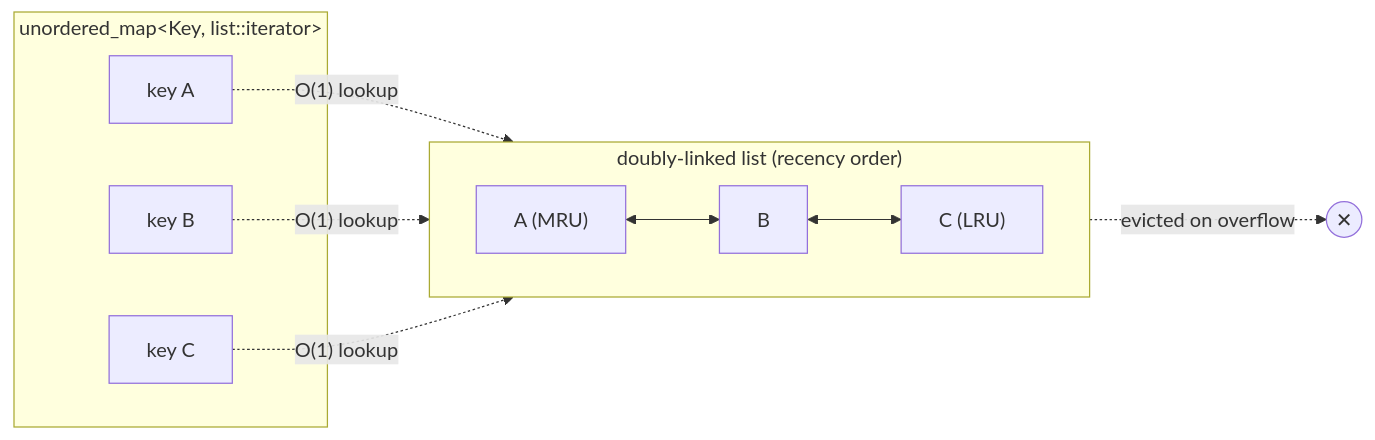
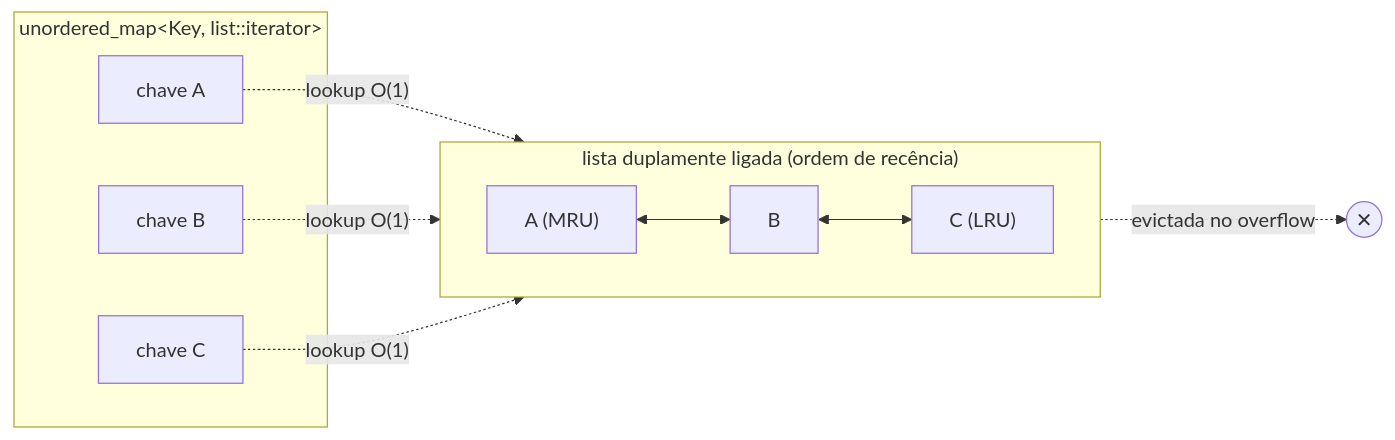
Before and after one commit to geoggrigori/lru-cache-cpp: the diagram in README.md, drawn with Mermaid. The commit also changed other lines of this file, not shown here.

````diff
--- a/README.md
+++ b/README.md
@@ -64,19 +57,19 @@
 ```mermaid
 flowchart LR
     subgraph MAP["unordered_map&lt;Key, list::iterator&gt;"]
-        K1["key A"]
-        K2["key B"]
-        K3["key C"]
+        K1["chave A"]
+        K2["chave B"]
+        K3["chave C"]
     end
 
-    subgraph LIST["doubly-linked list (recency order)"]
+    subgraph LIST["lista duplamente ligada (ordem de recência)"]
         direction LR
         N1["A (MRU)"] <--> N2["B"] <--> N3["C (LRU)"]
     end
 
-    K1 -. O(1) lookup .-> N1
-    K2 -. O(1) lookup .-> N2
-    K3 -. O(1) lookup .-> N3
+    K1 -. lookup O(1) .-> N1
+    K2 -. lookup O(1) .-> N2
+    K3 -. lookup O(1) .-> N3
 
-    N3 -. evicted on overflow .-> X(("✕"))
+    N3 -. evictada no overflow .-> X(("✕"))
 ```
````
